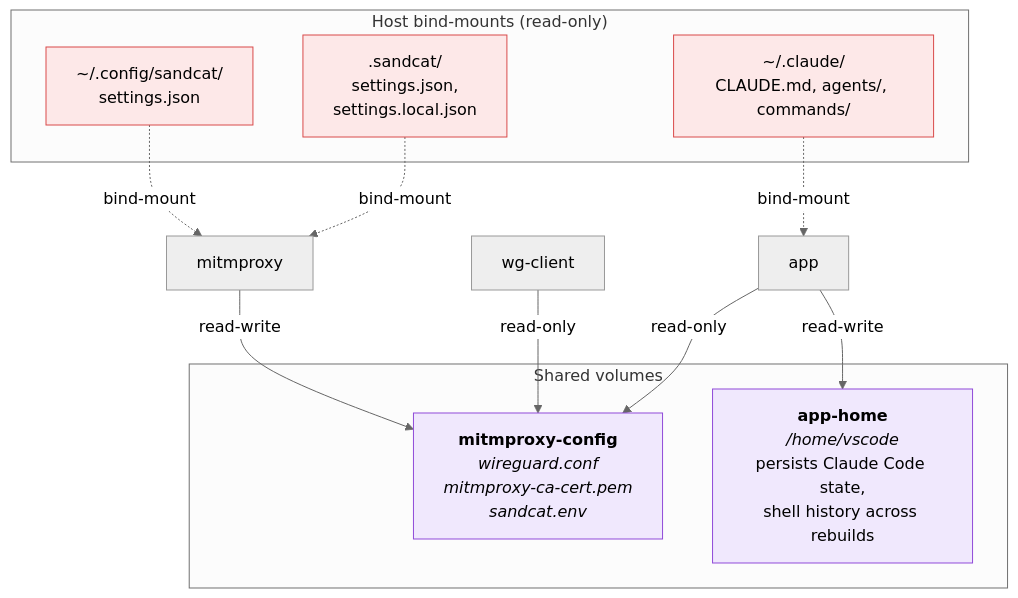
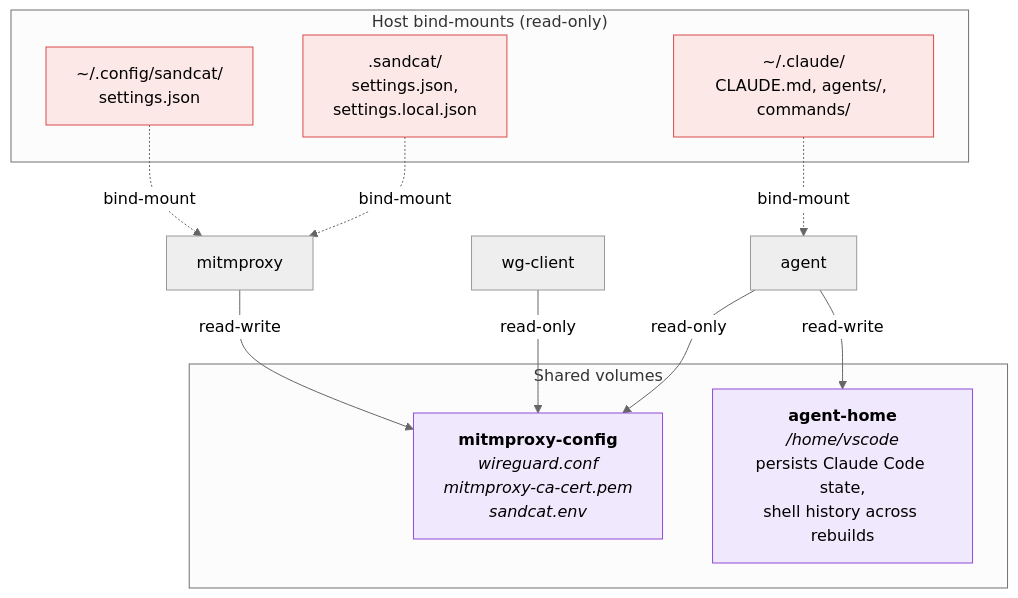
Before and after one commit to wiacekm/sandcat: the second of 3 diagrams in README.md, drawn with Mermaid (neutral theme). The commit also changed other lines of this file and 4 other files, not shown here.

First line of the commit message:
Rename app-home volume to agent-home for consistency with service name

````diff
--- a/README.md
+++ b/README.md
@@ -502,27 +502,27 @@
 ```mermaid
 flowchart TB
     subgraph volumes["Shared volumes"]
         mc["<b>mitmproxy-config</b><br/><i>wireguard.conf</i><br/><i>mitmproxy-ca-cert.pem</i><br/><i>sandcat.env</i>"]
-        ah["<b>app-home</b><br/><i>/home/vscode</i><br/>persists Claude Code state,<br/>shell history across rebuilds"]
+        ah["<b>agent-home</b><br/><i>/home/vscode</i><br/>persists Claude Code state,<br/>shell history across rebuilds"]
     end
 
     subgraph host["Host bind-mounts (read-only)"]
         settings["~/.config/sandcat/<br/>settings.json"]
         projsettings[".sandcat/<br/>settings.json,<br/>settings.local.json"]
         claude["~/.claude/<br/>CLAUDE.md, agents/, commands/"]
     end
 
     mitm["mitmproxy"] -- "read-write" --> mc
     wg["wg-client"] -- "read-only" --> mc
-    app["app"] -- "read-only" --> mc
-    app -- "read-write" --> ah
+    agent["agent"] -- "read-only" --> mc
+    agent -- "read-write" --> ah
     settings -. "bind-mount" .-> mitm
     projsettings -. "bind-mount" .-> mitm
-    claude -. "bind-mount" .-> app
+    claude -. "bind-mount" .-> agent
 
     style mc fill:#f0e8fd,stroke:#904ad9
     style ah fill:#f0e8fd,stroke:#904ad9
     style settings fill:#fde8e8,stroke:#d94a4a
     style projsettings fill:#fde8e8,stroke:#d94a4a
     style claude fill:#fde8e8,stroke:#d94a4a
 ```
````
